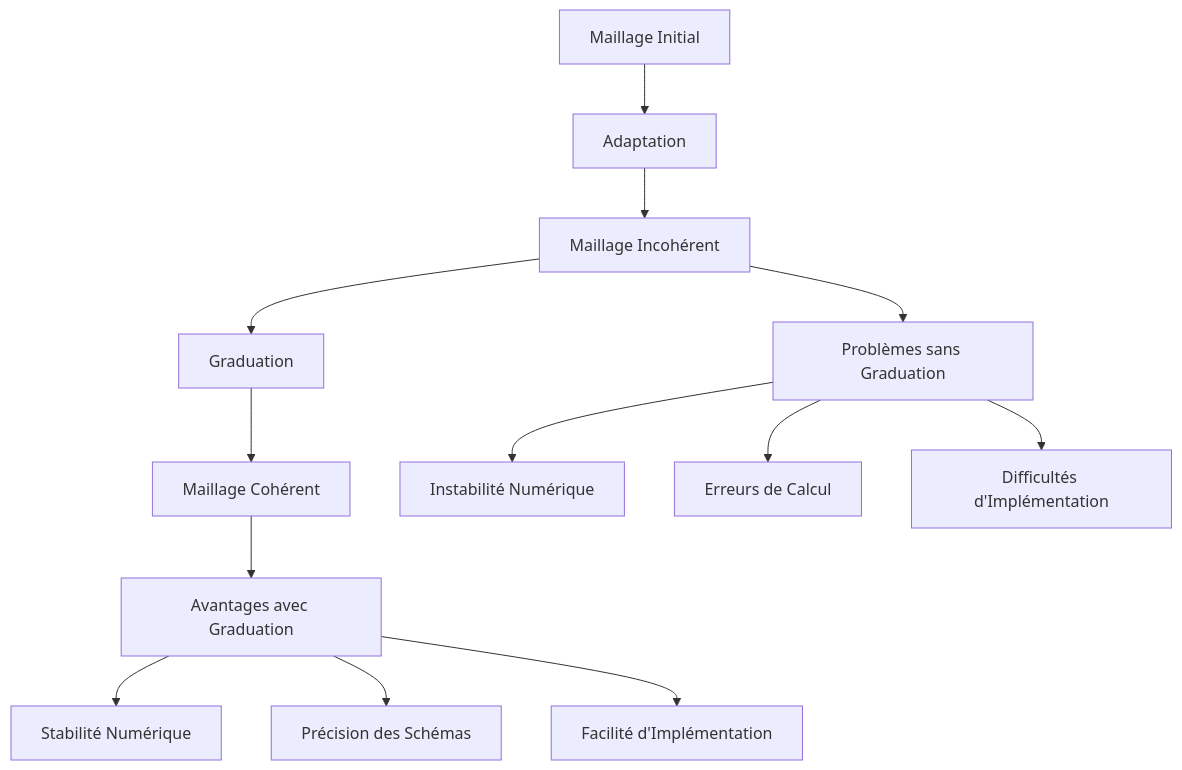
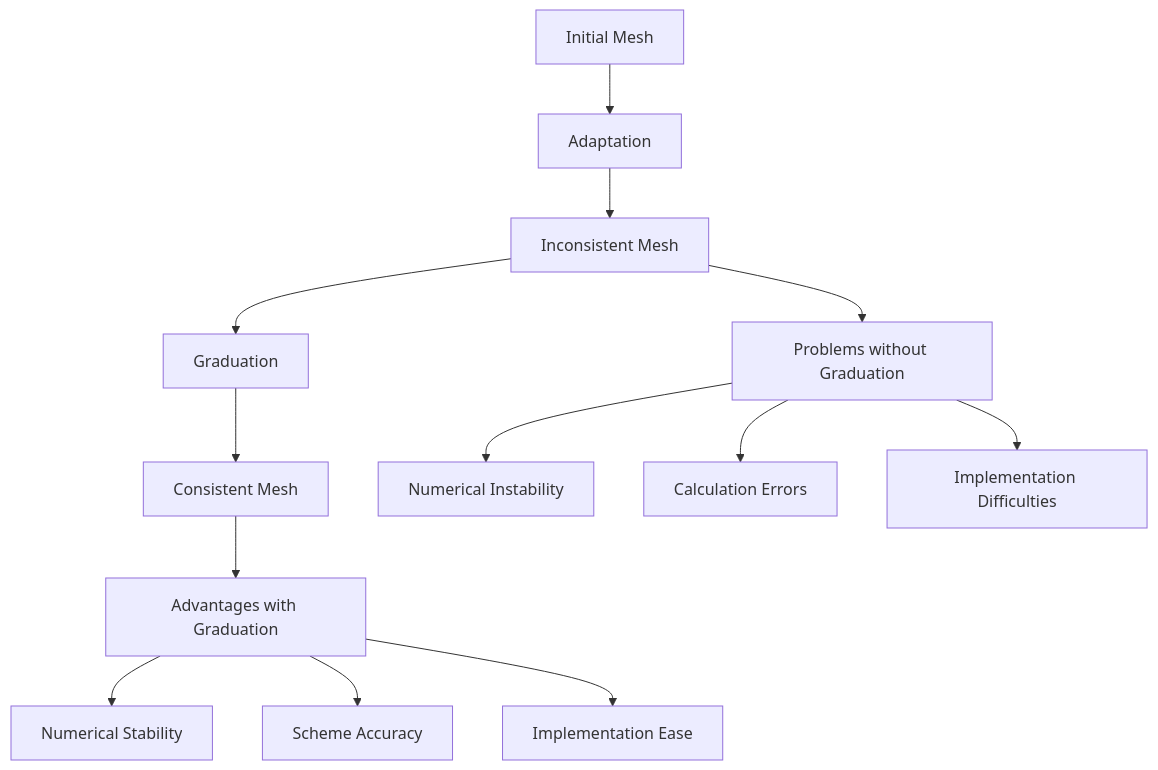
The first of 7 diagrams in docs/graduation_algorithm.md (sbstndb/samurai), drawn with Mermaid before and after one commit. The commit also changed other lines of this file and 8 other files, not shown here.

````diff
--- a/docs/graduation_algorithm.md
+++ b/docs/graduation_algorithm.md
@@ -11,17 +11,17 @@
 ```mermaid
 graph TD
-    A[Maillage Initial] --> B[Adaptation]
-    B --> C[Maillage Incohérent]
+    A[Initial Mesh] --> B[Adaptation]
+    B --> C[Inconsistent Mesh]
     C --> D[Graduation]
-    D --> E[Maillage Cohérent]
+    D --> E[Consistent Mesh]
     
-    C --> F[Problèmes sans Graduation]
-    F --> G[Instabilité Numérique]
-    F --> H[Erreurs de Calcul]
-    F --> I[Difficultés d'Implémentation]
+    C --> F[Problems without Graduation]
+    F --> G[Numerical Instability]
+    F --> H[Calculation Errors]
+    F --> I[Implementation Difficulties]
     
-    E --> J[Avantages avec Graduation]
-    J --> K[Stabilité Numérique]
-    J --> L[Précision des Schémas]
-    J --> M[Facilité d'Implémentation]
+    E --> J[Advantages with Graduation]
+    J --> K[Numerical Stability]
+    J --> L[Scheme Accuracy]
+    J --> M[Implementation Ease]
 ```
````
